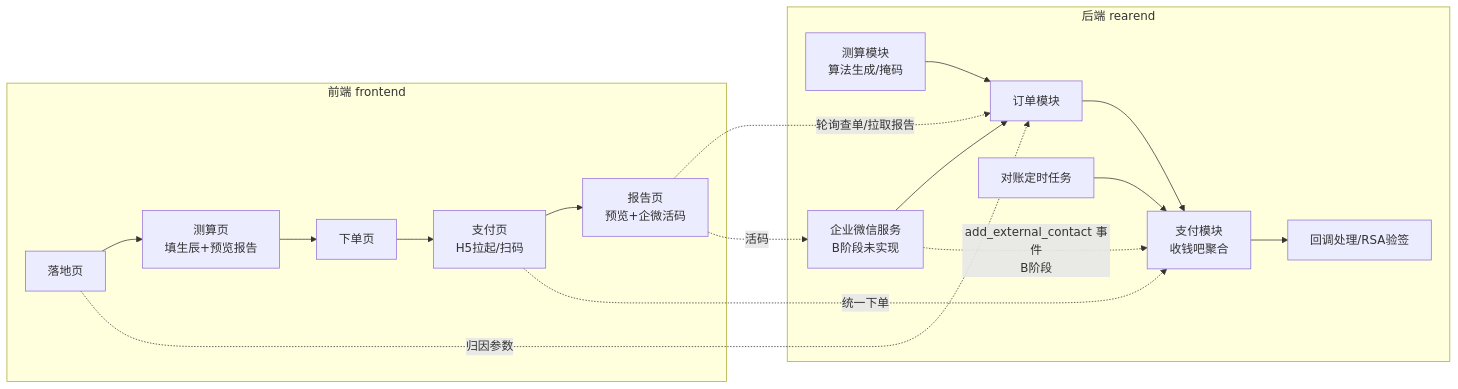
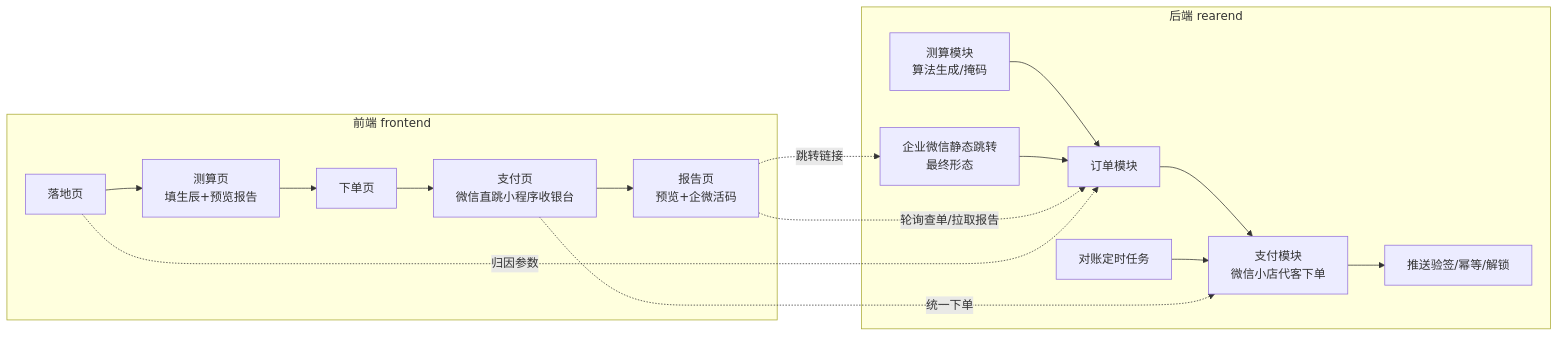
One commit to LiquorXR/yycs changed the second of 5 diagrams in doc/开发文档.md. Above: the diagram before and after it, drawn with Mermaid. The commit also changed other lines of this file and 10 other files, not shown here.

````diff
--- a/doc/开发文档.md
+++ b/doc/开发文档.md
@@ -57,21 +57,20 @@
 ```mermaid
 graph LR
     subgraph 前端 frontend
         L[落地页] --> T[测算页<br/>填生辰+预览报告]
         T --> O[下单页]
-        O --> P[支付页<br/>H5拉起/扫码]
+        O --> P[支付页<br/>微信直跳小程序收银台]
         P --> R[报告页<br/>预览+企微活码]
     end
     subgraph 后端 rearend
         M[测算模块<br/>算法生成/掩码] --> A[订单模块]
-        A --> B[支付模块<br/>收钱吧聚合]
-        B --> C[回调处理/RSA验签]
+        A --> B[支付模块<br/>微信小店代客下单]
+        B --> C[推送验签/幂等/解锁]
         E[对账定时任务] --> B
-        W[企业微信服务<br/>B阶段未实现] --> A
+        W[企业微信静态跳转<br/>最终形态] --> A
     end
     P -.统一下单.-> B
     R -.轮询查单/拉取报告.-> A
-    R -.活码.-> W
-    W -.add_external_contact 事件<br/>B阶段.-> B
+    R -.跳转链接.-> W
     L -.归因参数.-> A
 ```
````
